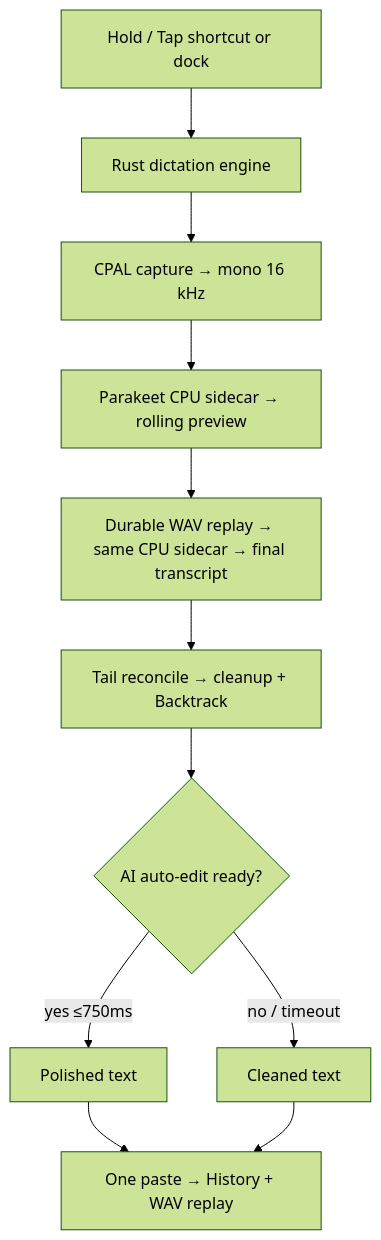
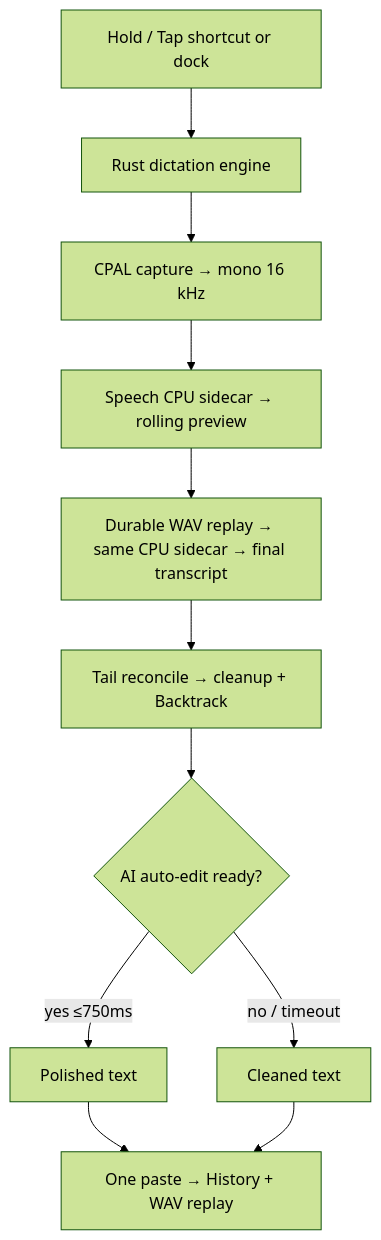
The second of 2 diagrams in README.md (leviathofnoesia/atmospeak), drawn with Mermaid (forest theme) before and after one commit. The commit also changed other lines of this file and 51 other files, not shown here.

````diff
--- a/README.md
+++ b/README.md
@@ -186,13 +185,13 @@
 ```mermaid
 flowchart TD
   A[Hold / Tap shortcut or dock] --> B[Rust dictation engine]
   B --> C[CPAL capture → mono 16 kHz]
-  C --> D[Parakeet CPU sidecar → rolling preview]
+  C --> D[Speech CPU sidecar → rolling preview]
   D --> E[Durable WAV replay → same CPU sidecar → final transcript]
   E --> F[Tail reconcile → cleanup + Backtrack]
   F --> G{AI auto-edit ready?}
   G -->|yes ≤750ms| H[Polished text]
   G -->|no / timeout| I[Cleaned text]
   H --> J[One paste → History + WAV replay]
   I --> J
 ```
````
